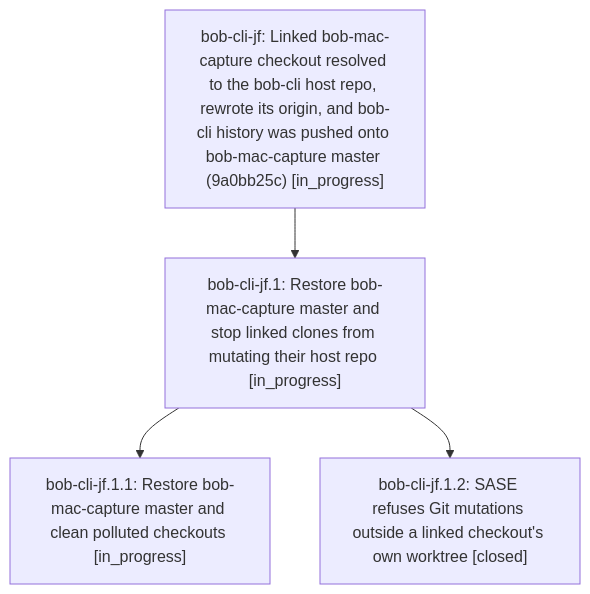
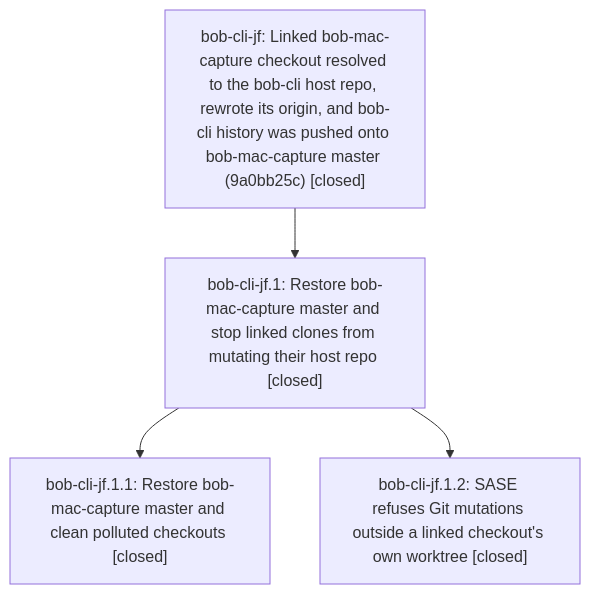
One commit to bobs-org/bob-cli--beads changed the diagram in pages/bob-cli-jf/README.md. Above: the diagram before and after it, drawn with Mermaid. The commit also changed other lines of this file and 3 other files, not shown here.

First line of the commit message:
chore(beads): sync bead state and pages for bob-cli-jf

````diff
--- a/pages/bob-cli-jf/README.md
+++ b/pages/bob-cli-jf/README.md
@@ -87,10 +105,10 @@
 ```mermaid
 flowchart TD
-    n0["bob-cli-jf: Linked bob-mac-capture checkout resolved to the bob-cli host repo, rewrote its origin, and bob-cli history was pushed onto bob-mac-capture master (9a0bb25c) [in_progress]"]
-    n1["bob-cli-jf.1: Restore bob-mac-capture master and stop linked clones from mutating their host repo [in_progress]"]
-    n2["bob-cli-jf.1.1: Restore bob-mac-capture master and clean polluted checkouts [in_progress]"]
+    n0["bob-cli-jf: Linked bob-mac-capture checkout resolved to the bob-cli host repo, rewrote its origin, and bob-cli history was pushed onto bob-mac-capture master (9a0bb25c) [closed]"]
+    n1["bob-cli-jf.1: Restore bob-mac-capture master and stop linked clones from mutating their host repo [closed]"]
+    n2["bob-cli-jf.1.1: Restore bob-mac-capture master and clean polluted checkouts [closed]"]
     n3["bob-cli-jf.1.2: SASE refuses Git mutations outside a linked checkout's own worktree [closed]"]
     n0 --> n1
     n1 --> n2
     n1 --> n3
 ```
````
